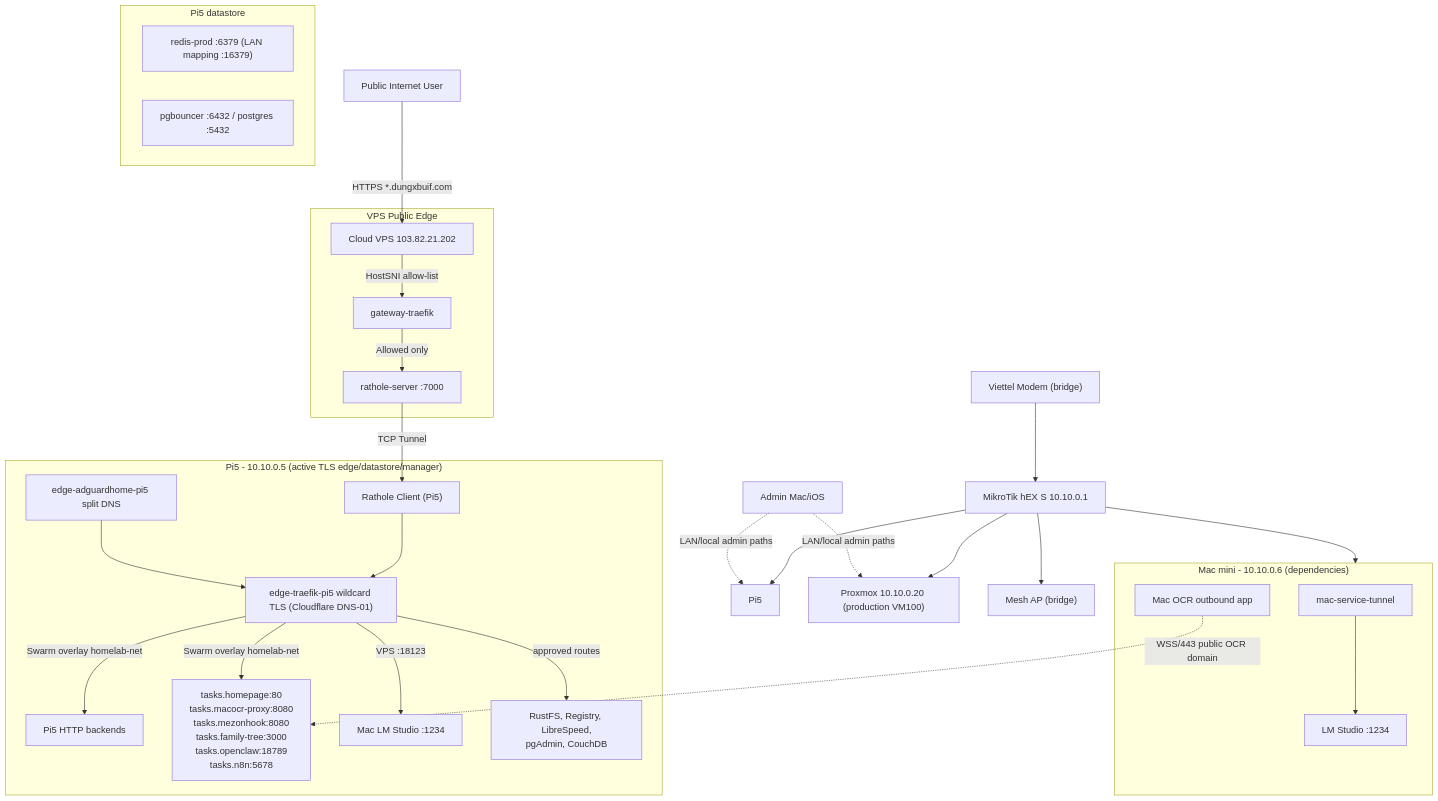
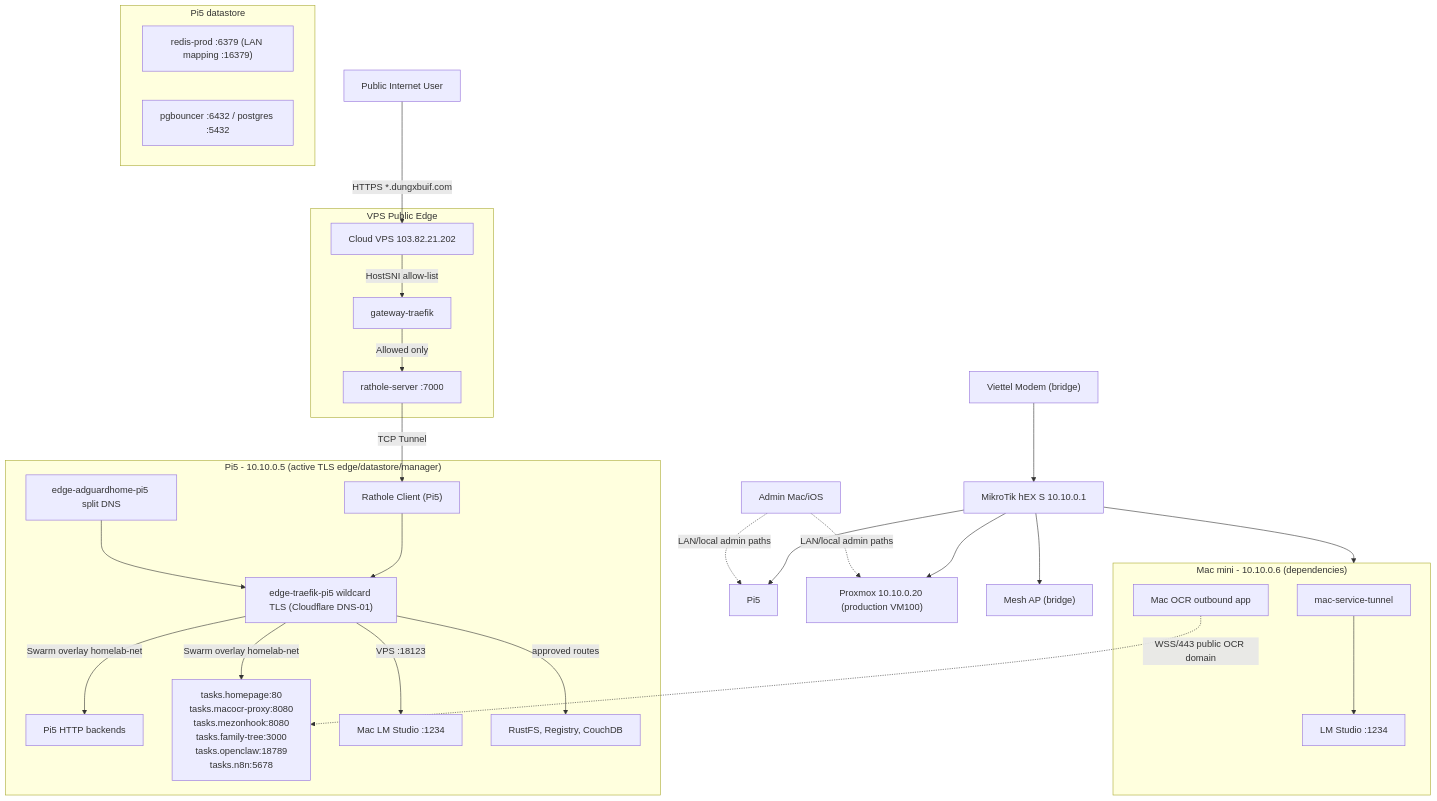
The diagram in docs/MAIN.md (dungxbuif/Homelab), drawn with Mermaid before and after one commit. The commit also changed other lines of this file and 29 other files, not shown here.

Commit message:
feat: add documentation, deployment records, runbooks, and architecture diagrams for homelab upgrades and repairs

````diff
--- a/docs/MAIN.md
+++ b/docs/MAIN.md
@@ -66,40 +67,40 @@
 ```mermaid
 graph TD
     Internet["Public Internet User"] -->|HTTPS *.dungxbuif.com| VPS["Cloud VPS 103.82.21.202"]
     subgraph VPS_Security ["VPS Public Edge"]
         VPS -->|HostSNI allow-list| GatewayTraefik["gateway-traefik"]
         GatewayTraefik -->|Allowed only| RatholeServer["rathole-server :7000"]
     end
     RatholeServer -->|TCP Tunnel| RatholeClient["Rathole Client (Pi5)"]
 
     subgraph Pi5Edge ["Pi5 - 10.10.0.5 (active TLS edge/datastore/manager)"]
         RatholeClient --> EdgeTraefik["edge-traefik-pi5 wildcard TLS (Cloudflare DNS-01)"]
         EdgeTraefik -->|Swarm overlay homelab-net| Pi5Backends["Pi5 HTTP backends"]
         EdgeTraefik -->|Swarm overlay homelab-net| VM100Swarm["tasks.homepage:80<br/>tasks.macocr-proxy:8080<br/>tasks.mezonhook:8080<br/>tasks.family-tree:3000<br/>tasks.openclaw:18789<br/>tasks.n8n:5678"]
         EdgeTraefik -->|VPS :18123| MacDeps["Mac LM Studio :1234"]
-        EdgeTraefik -->|approved routes| Pi5Apps["RustFS, Registry, LibreSpeed,<br/>pgAdmin, CouchDB"]
+        EdgeTraefik -->|approved routes| Pi5Apps["RustFS, Registry, CouchDB"]
         SplitDNS["edge-adguardhome-pi5 split DNS"] --> EdgeTraefik
     end
 
     subgraph Pi5Data ["Pi5 datastore"]
         Pi5Redis["redis-prod :6379 (LAN mapping :16379)"]
         Pi5Pg["pgbouncer :6432 / postgres :5432"]
     end
 
     subgraph Mac ["Mac mini - 10.10.0.6 (dependencies)"]
         MacTunnel["mac-service-tunnel"]
         NativeOCR["Mac OCR outbound app"]
         LMStudio["LM Studio :1234"]
     end
     NativeOCR -.->|WSS/443 public OCR domain| VM100Swarm
     MacTunnel --> LMStudio
 
     Modem["Viettel Modem (bridge)"] --> MikroTik["MikroTik hEX S 10.10.0.1"]
     MikroTik --> Pi5
     MikroTik --> Mac
     MikroTik --> Proxmox["Proxmox 10.10.0.20 (production VM100)"]
     MikroTik --> MeshAP["Mesh AP (bridge)"]
 
     Admin["Admin Mac/iOS"] -.->|LAN/local admin paths| Pi5
     Admin -.->|LAN/local admin paths| Proxmox
 ```
````
